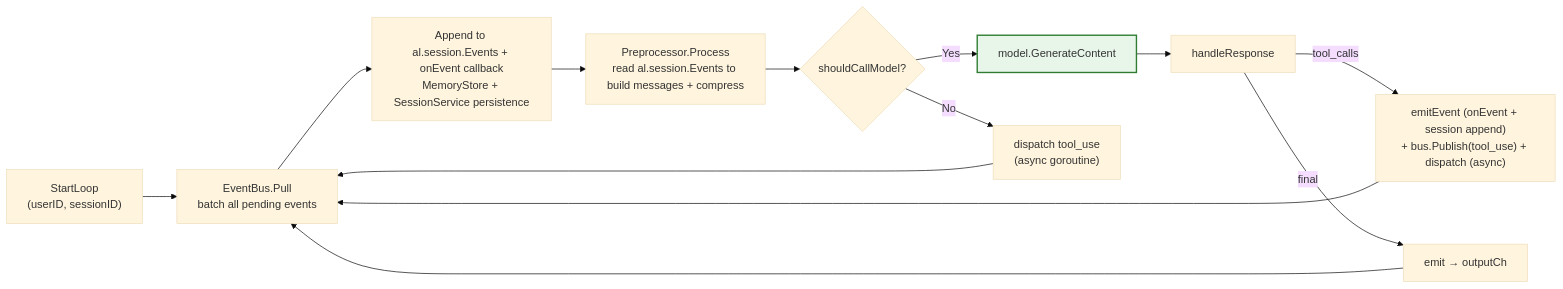
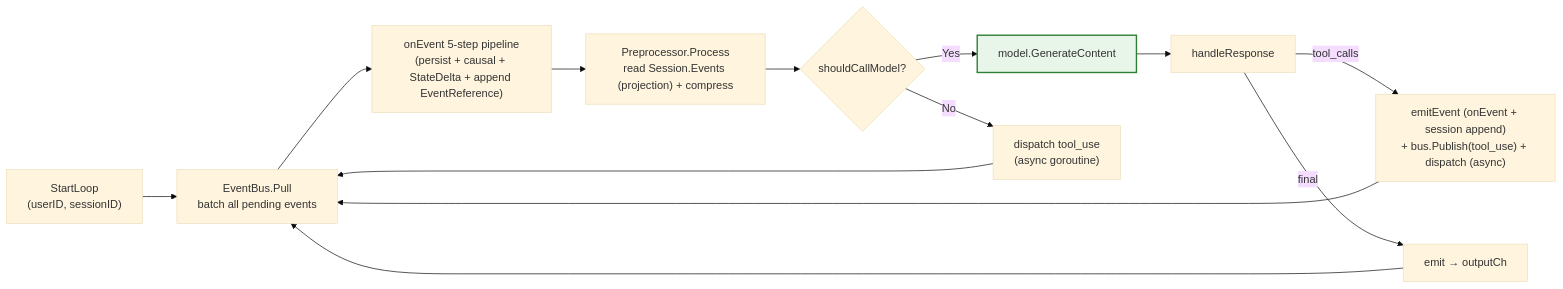
Before and after one commit to SpellingDragon/tagent: the fourth of 8 diagrams in README_EN.md, drawn with Mermaid (base theme). The commit also changed other lines of this file and 320 other files, not shown here.

````diff
--- a/README_EN.md
+++ b/README_EN.md
@@ -237,17 +246,17 @@
 ```mermaid
 graph LR
     START["StartLoop<br/>(userID, sessionID)"] --> PULL["EventBus.Pull<br/>batch all pending events"]
-    PULL --> ONEVT["Append to al.session.Events + onEvent callback<br/>MemoryStore + SessionService persistence"]
-    ONEVT --> PROC["Preprocessor.Process<br/>read al.session.Events to build messages + compress"]
+    PULL --> ONEVT["onEvent 5-step pipeline<br/>(persist + causal + StateDelta + append EventReference)"]
+    ONEVT --> PROC["Preprocessor.Process<br/>read Session.Events (projection) + compress"]
     PROC --> MODEL{"shouldCallModel?"}
     MODEL -->|"Yes"| CALL["model.GenerateContent"]
     MODEL -->|"No"| DISPATCH["dispatch tool_use<br/>(async goroutine)"]
     CALL --> RESP["handleResponse"]
     RESP -->|"tool_calls"| ONEVT2["emitEvent (onEvent + session append)<br/>+ bus.Publish(tool_use) + dispatch (async)"]
     RESP -->|"final"| EMIT["emit → outputCh"]
     ONEVT2 --> PULL
     EMIT --> PULL
     DISPATCH --> PULL
 
     style CALL fill:#e8f5e9,stroke:#2e7d32,stroke-width:2px
 ```
````
